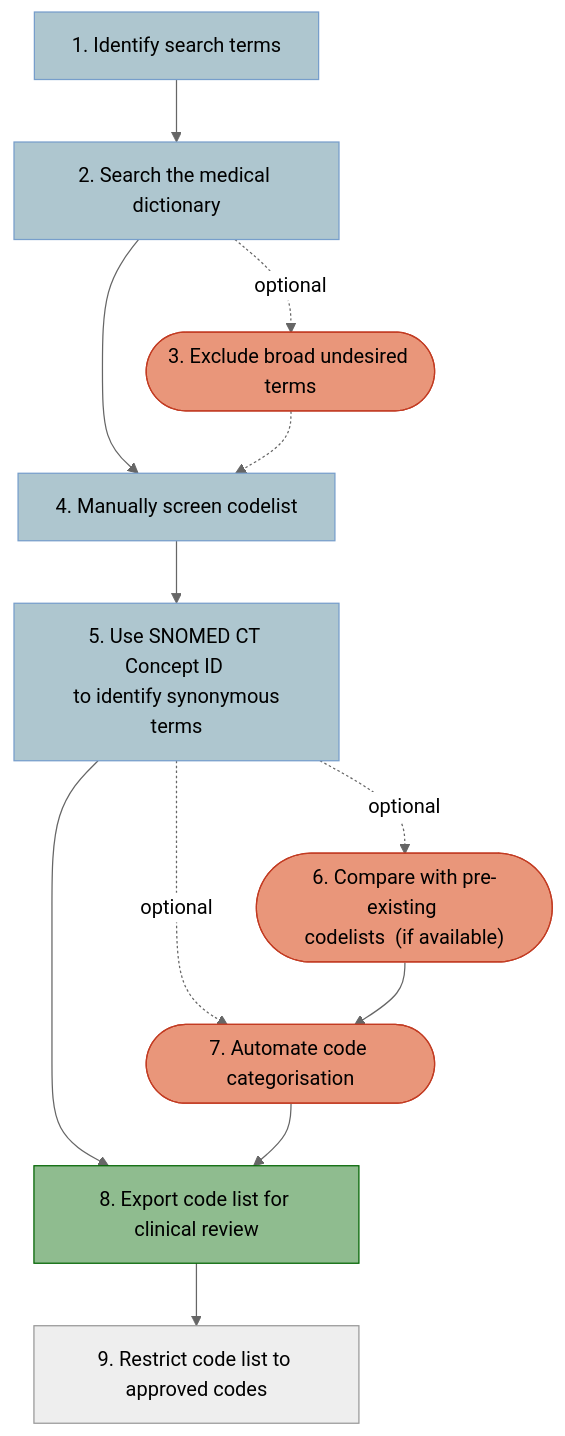
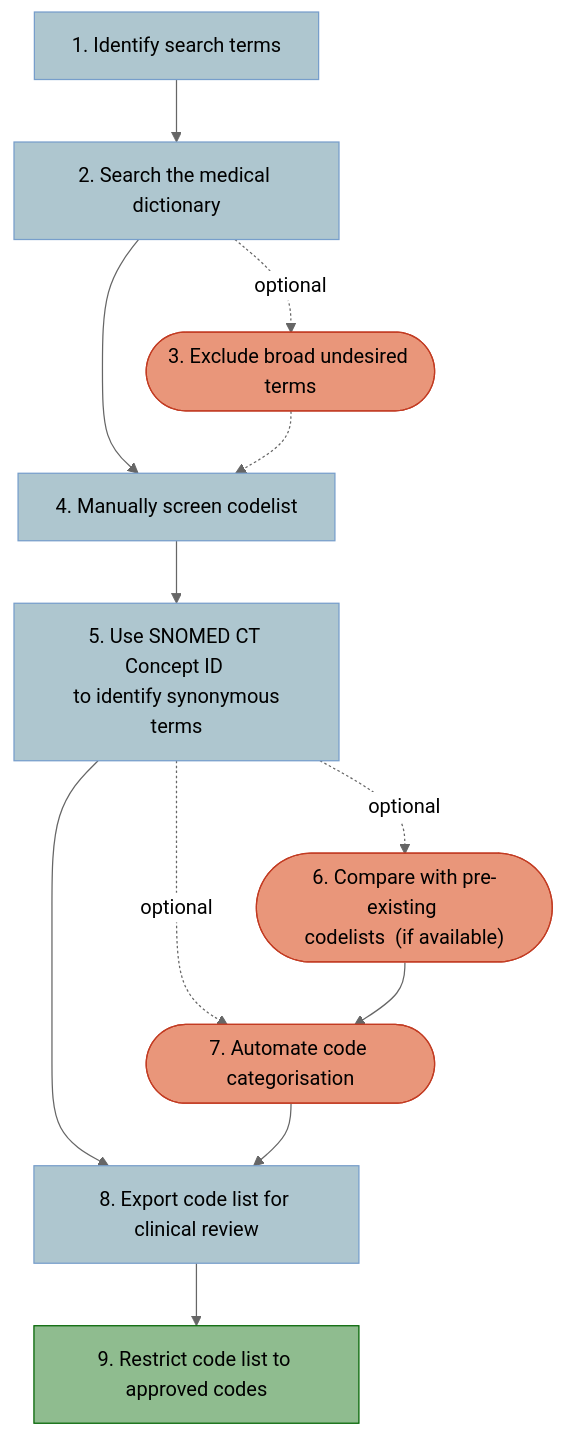
Before and after one commit to NHLI-Respiratory-Epi/SNOMED-CT-codelists: the diagram in README.md, drawn with Mermaid (neutral theme).

````diff
--- a/README.md
+++ b/README.md
@@ -6,25 +6,26 @@
 ```mermaid
  flowchart TD
  A[1. Identify search terms] --> B[2. Search the medical dictionary]
     B -. optional .-> C([3. Exclude broad undesired terms])
     B --> D[4. Manually screen codelist]
     C -.-> D
     D --> E[5. Use SNOMED CT Concept ID <br> to identify synonymous terms]
     E -. optional .-> F(["6. Compare with pre-existing <br>codelists  (if available)"])
     E -. optional .-> G(["7. Automate code categorisation"])
     E --> H[8. Export code list for clinical review]
     F --> G
     G --> H
     H --> I[9. Restrict code list to approved codes]
     A:::step
     B:::step
     C:::optional
     D:::step
     E:::step
     F:::optional
     G:::optional
-    H:::final
+    H:::step
+    I:::final
     classDef step color:black, fill:#aec6cf, stroke:#779ecb
     classDef optional color:black, fill:#e9967a, stroke:#c23b22
     classDef final color:black, fill:#8fbc8f, stroke:#006400
 ```
````
